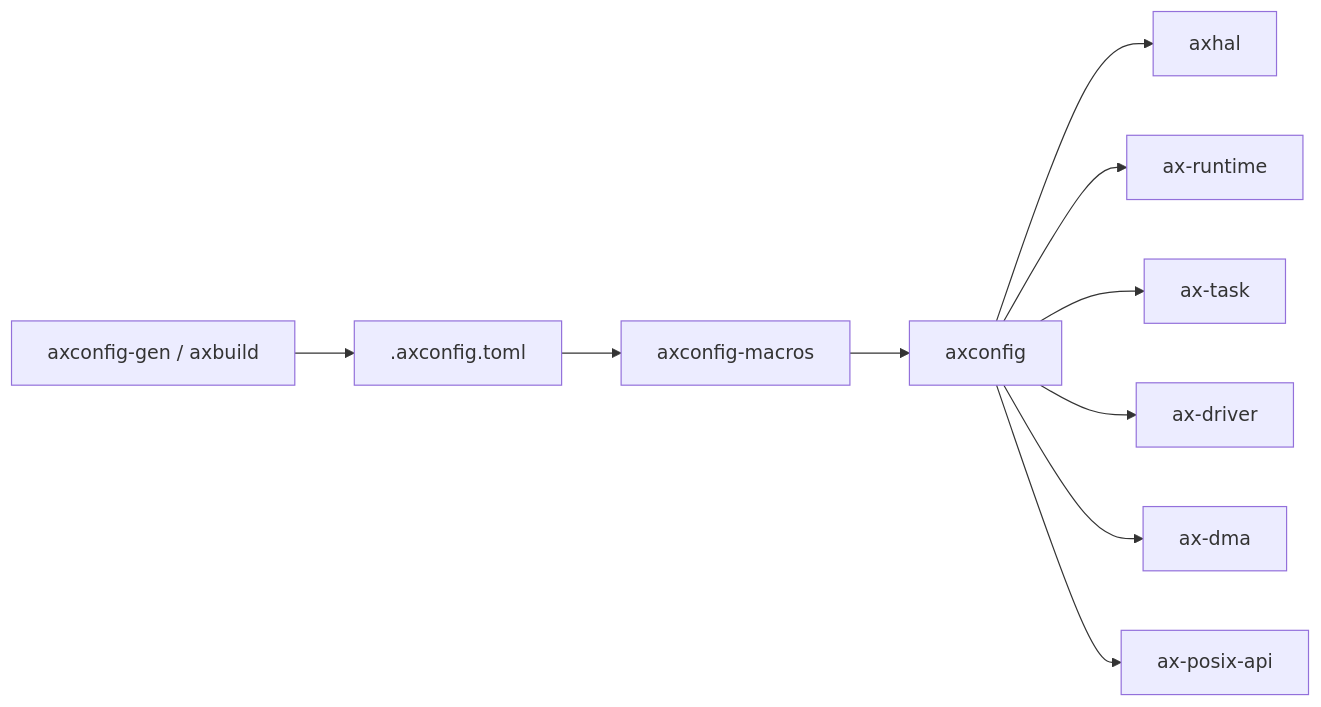
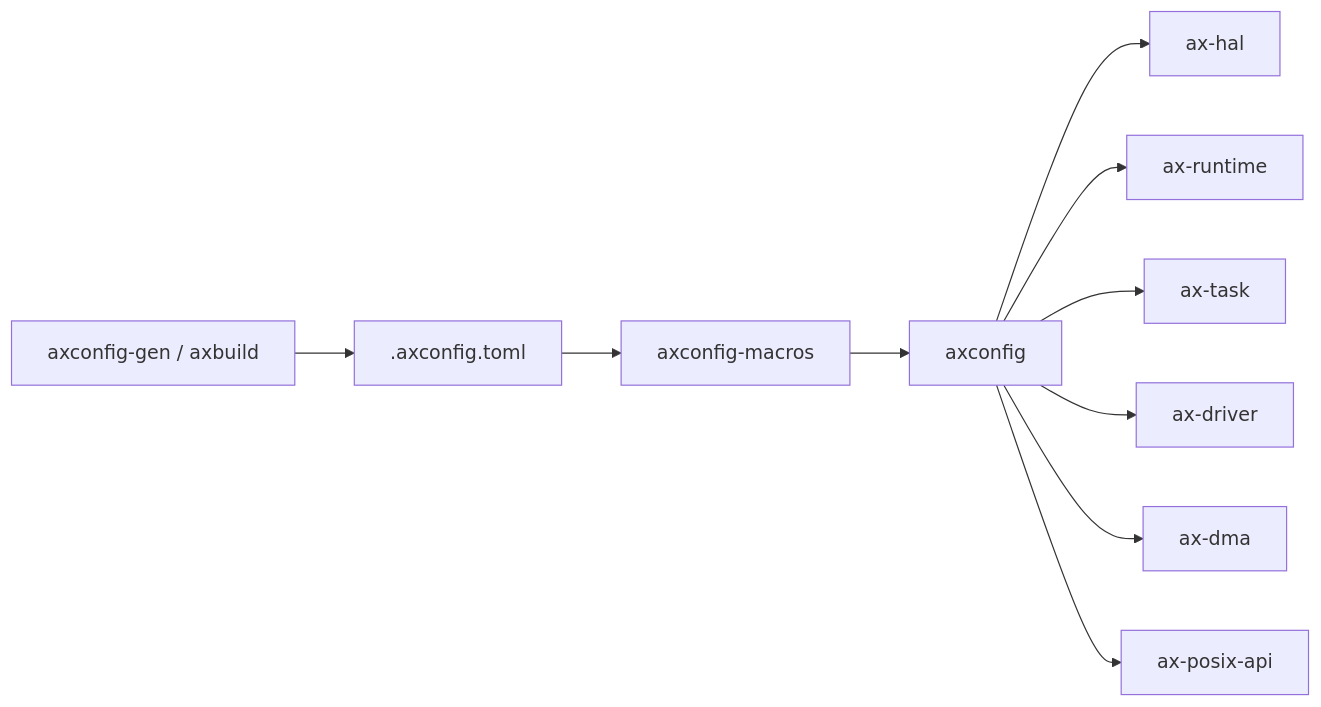
The second of 2 diagrams in docs/crates/axconfig.md (zKurisu/tgoskits), drawn with Mermaid before and after one commit. The commit also changed other lines of this file and 158 other files, not shown here.

Commit message:
rename axhal to ax-hal

````diff
--- a/docs/crates/axconfig.md
+++ b/docs/crates/axconfig.md
@@ -92,13 +92,13 @@
 ```mermaid
 graph LR
     gen["axconfig-gen / axbuild"] --> toml[".axconfig.toml"]
     toml --> macros["axconfig-macros"]
     macros --> axconfig["axconfig"]
 
-    axconfig --> axhal["axhal"]
+    axconfig --> ax-hal["ax-hal"]
     axconfig --> ax-runtime["ax-runtime"]
     axconfig --> ax-task["ax-task"]
     axconfig --> ax-driver["ax-driver"]
     axconfig --> ax_dma["ax-dma"]
     axconfig --> posix["ax-posix-api"]
 ```
````
